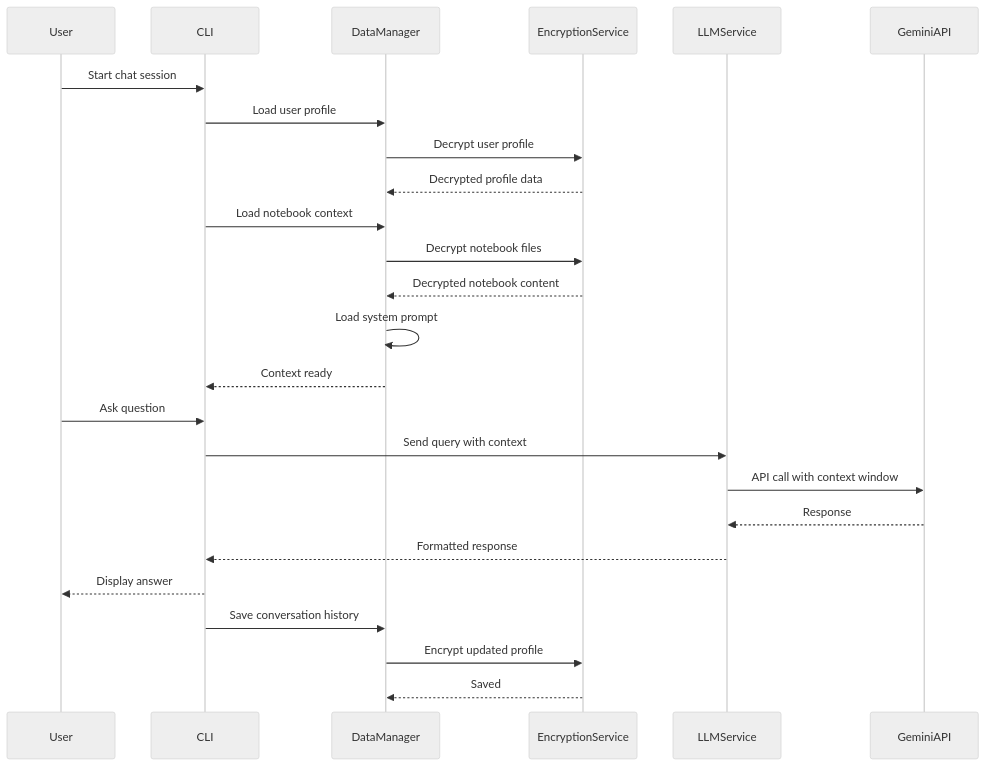
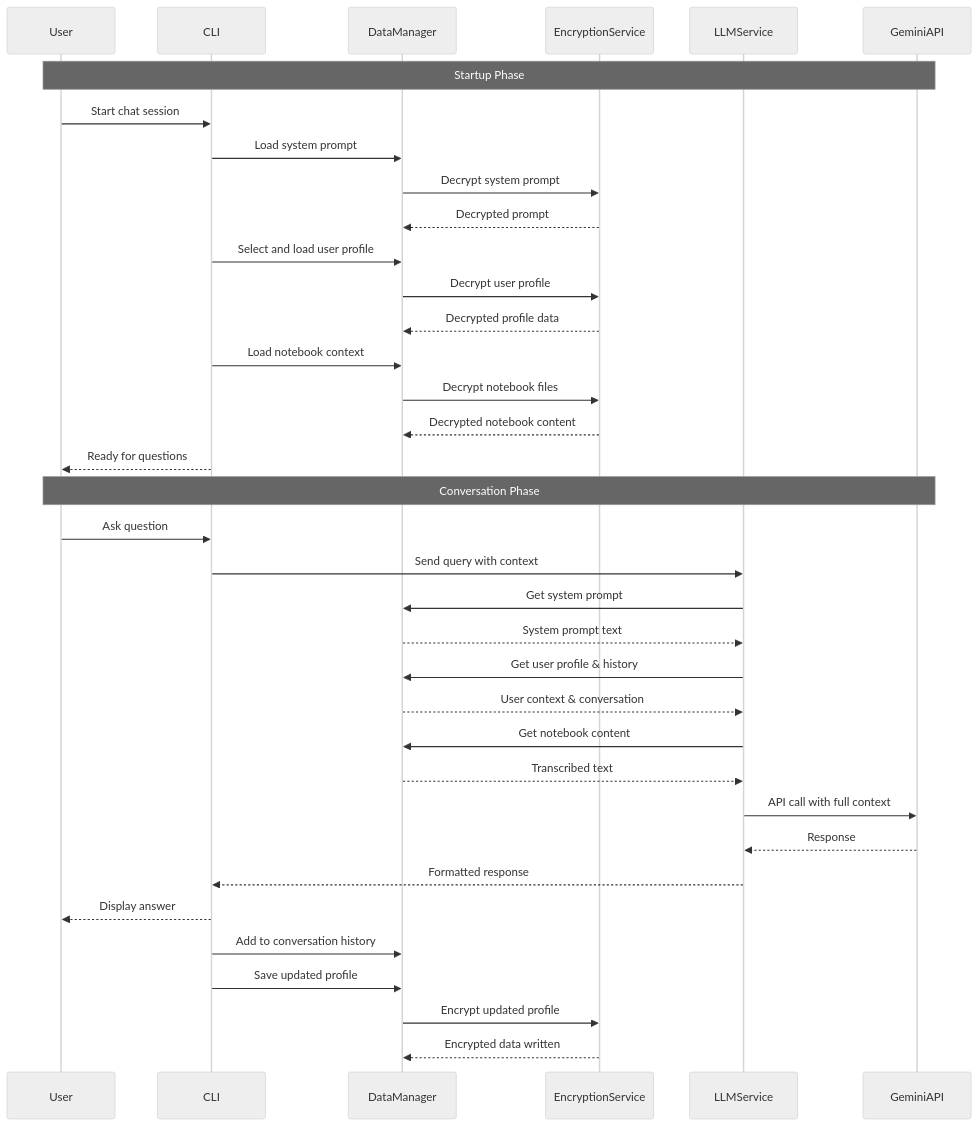
The diagram in README.md (WillStephenn/Agent-G), drawn with Mermaid (neutral theme) before and after one commit. The commit also changed 1 other file, not shown here.

Commit message:
docs: updated mermaid diagram

````diff
--- a/README.md
+++ b/README.md
@@ -15,30 +15,40 @@
 ```mermaid
 sequenceDiagram
     participant User
     participant CLI
     participant DataManager
     participant EncryptionService
     participant LLMService
     participant GeminiAPI
     
+    Note over User,GeminiAPI: Startup Phase
     User->>CLI: Start chat session
-    CLI->>DataManager: Load user profile
+    CLI->>DataManager: Load system prompt
+    DataManager->>EncryptionService: Decrypt system prompt
+    EncryptionService-->>DataManager: Decrypted prompt
+    CLI->>DataManager: Select and load user profile
     DataManager->>EncryptionService: Decrypt user profile
     EncryptionService-->>DataManager: Decrypted profile data
     CLI->>DataManager: Load notebook context
     DataManager->>EncryptionService: Decrypt notebook files
     EncryptionService-->>DataManager: Decrypted notebook content
-    DataManager->>DataManager: Load system prompt
-    DataManager-->>CLI: Context ready
+    CLI-->>User: Ready for questions
     
+    Note over User,GeminiAPI: Conversation Phase
     User->>CLI: Ask question
     CLI->>LLMService: Send query with context
-    LLMService->>GeminiAPI: API call with context window
+    LLMService->>DataManager: Get system prompt
+    DataManager-->>LLMService: System prompt text
+    LLMService->>DataManager: Get user profile & history
+    DataManager-->>LLMService: User context & conversation
+    LLMService->>DataManager: Get notebook content
+    DataManager-->>LLMService: Transcribed text
+    LLMService->>GeminiAPI: API call with full context
     GeminiAPI-->>LLMService: Response
     LLMService-->>CLI: Formatted response
     CLI-->>User: Display answer
-    
-    CLI->>DataManager: Save conversation history
+    CLI->>DataManager: Add to conversation history
+    CLI->>DataManager: Save updated profile
     DataManager->>EncryptionService: Encrypt updated profile
-    EncryptionService-->>DataManager: Saved
+    EncryptionService-->>DataManager: Encrypted data written
 ```
````
